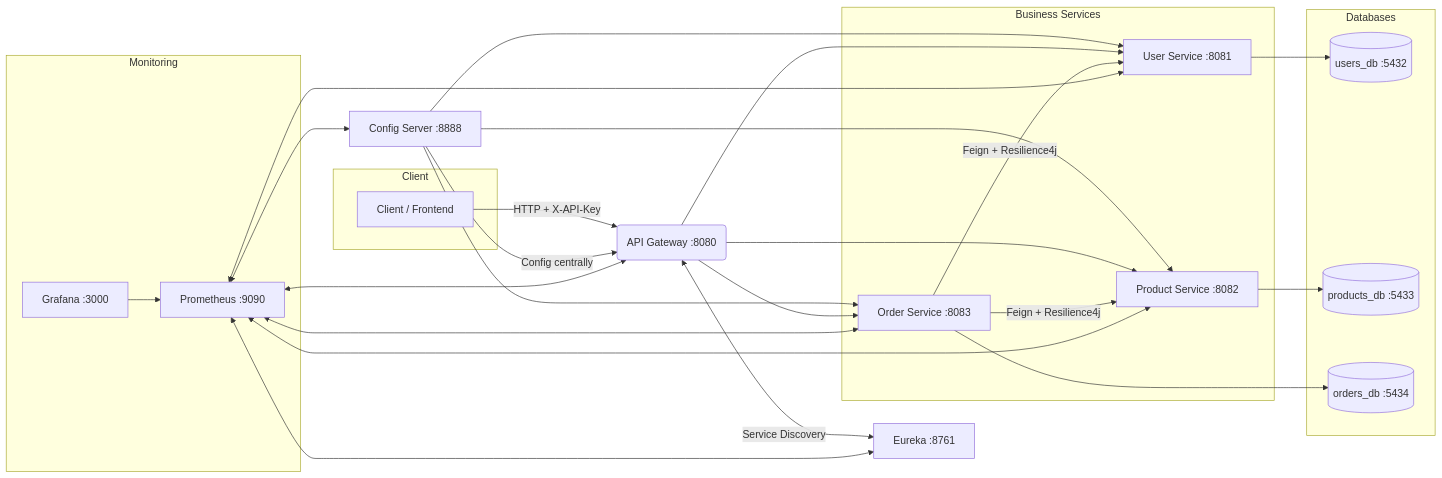
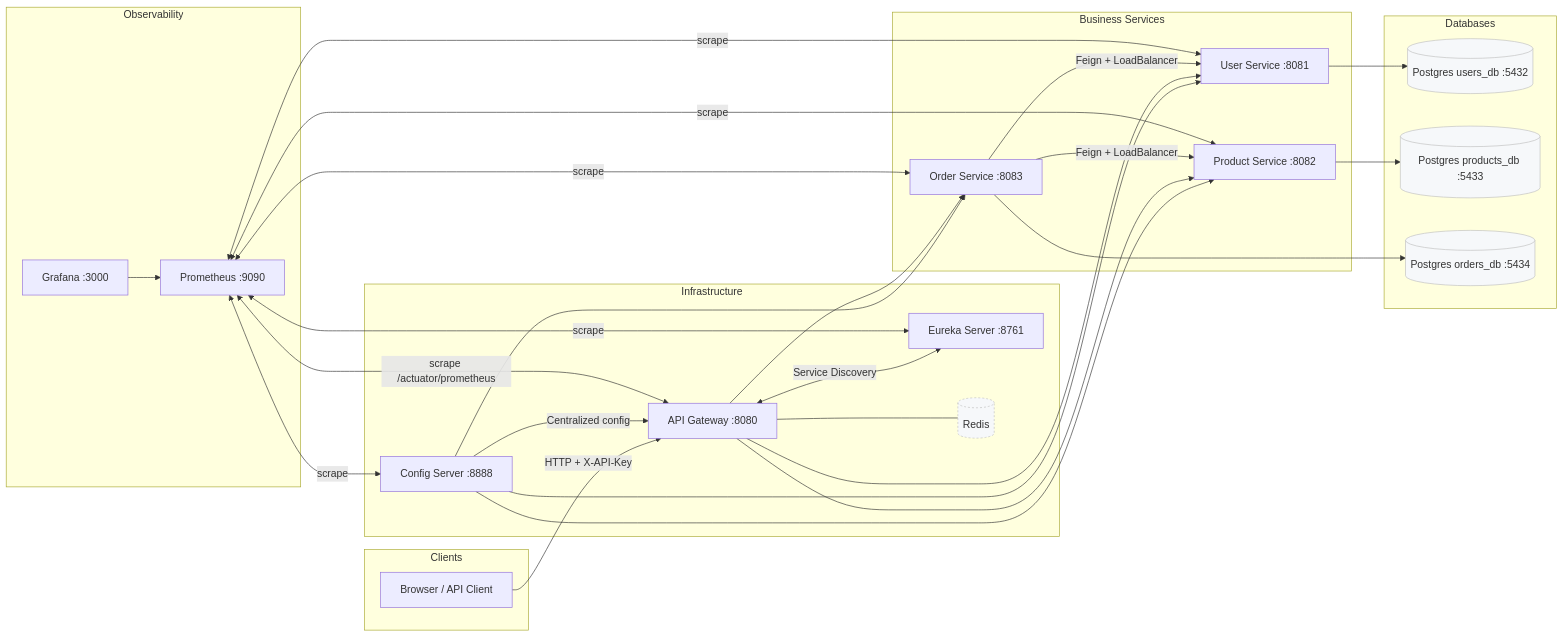
One commit to Ay0u8dev/mini-ecommerce-backend changed the diagram in README.md. Above: the diagram before and after it, drawn with Mermaid. The commit also changed other lines of this file, not shown here.

````diff
--- a/README.md
+++ b/README.md
@@ -57,44 +57,75 @@
 ```mermaid
 flowchart LR
-  subgraph Client
-    A[Client / Frontend]
+  %% Top-level clients
+  subgraph Clients
+    client[Browser / API Client]
   end
 
-  A -->|HTTP + X-API-Key| GW(API Gateway :8080)
-  GW <-->|Service Discovery| EU[Eureka :8761]
-  CS[Config Server :8888] -->|Config centrally| GW
-  CS --> US
-  CS --> PS
-  CS --> OS
-
-  subgraph Business Services
-    US[User Service :8081]
-    PS[Product Service :8082]
-    OS[Order Service :8083]
+  %% Infrastructure
+  subgraph Infrastructure
+    gw[API Gateway :8080]
+    eureka[Eureka Server :8761]
+    config[Config Server :8888]
+    redis[(Redis)]
   end
 
-  subgraph Databases
-    UDB[(users_db :5432)]
-    PDB[(products_db :5433)]
-    ODB[(orders_db :5434)]
+  %% Business services
+  subgraph Business Services
+    user[User Service :8081]
+    product[Product Service :8082]
+    order[Order Service :8083]
   end
 
-  subgraph Monitoring
-    PR[Prometheus :9090]
-    GR[Grafana :3000]
+  %% Data stores
+  subgraph Databases
+    udb[(Postgres users_db :5432)]
+    pdb[(Postgres products_db :5433)]
+    odb[(Postgres orders_db :5434)]
   end
 
-  GW --> US
-  GW --> PS
-  GW --> OS
+  %% Observability
+  subgraph Observability
+    prom[Prometheus :9090]
+    graf[Grafana :3000]
+  end
 
-  OS -->|Feign + Resilience4j| US
-  OS -->|Feign + Resilience4j| PS
+  %% Client to gateway
+  client -->|HTTP + X-API-Key| gw
 
-  US --> UDB
-  PS --> PDB
-  OS --> ODB
+  %% Discovery and config
+  gw <-->|Service Discovery| eureka
+  config -->|Centralized config| gw
+  config --> user
+  config --> product
+  config --> order
 
-  PR <--> GW & US & PS & OS & CS & EU
-  GR --> PR
+  %% Gateway routing
+  gw --> user
+  gw --> product
+  gw --> order
+  gw --- redis
+
+  %% Inter-service calls
+  order -- Feign + LoadBalancer --> user
+  order -- Feign + LoadBalancer --> product
+
+  %% Persistence
+  user --> udb
+  product --> pdb
+  order --> odb
+
+  %% Metrics pipeline
+  prom <-- scrape /actuator/prometheus --> gw
+  prom <-- scrape --> user
+  prom <-- scrape --> product
+  prom <-- scrape --> order
+  prom <-- scrape --> config
+  prom <-- scrape --> eureka
+  graf --> prom
+
+  %% Styling for clarity
+  style redis fill:#f6f8fa,stroke:#c0c0c0,stroke-width:1px,stroke-dasharray: 3 3
+  style udb fill:#f6f8fa,stroke:#c0c0c0,stroke-width:1px
+  style pdb fill:#f6f8fa,stroke:#c0c0c0,stroke-width:1px
+  style odb fill:#f6f8fa,stroke:#c0c0c0,stroke-width:1px
 ```
````
